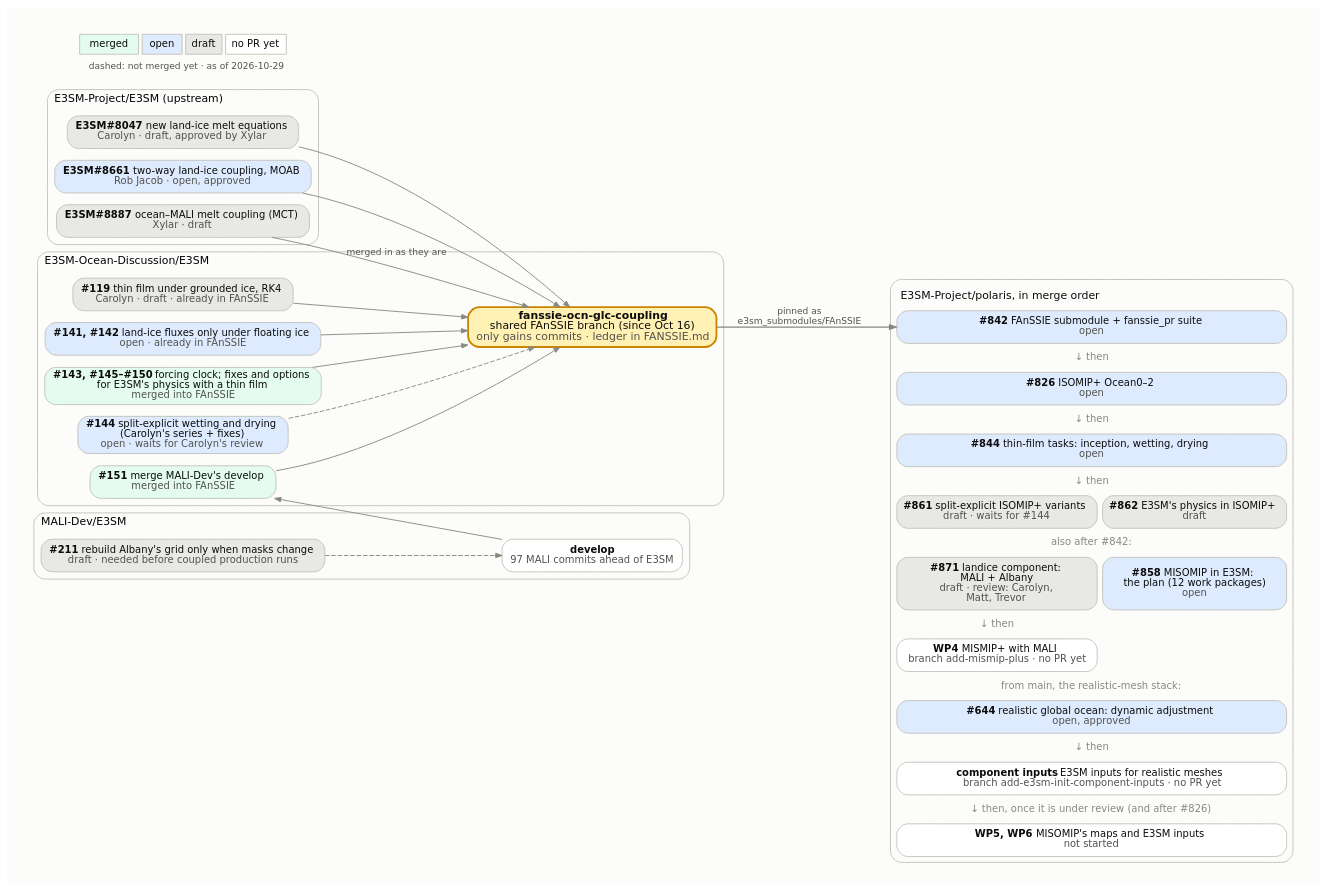
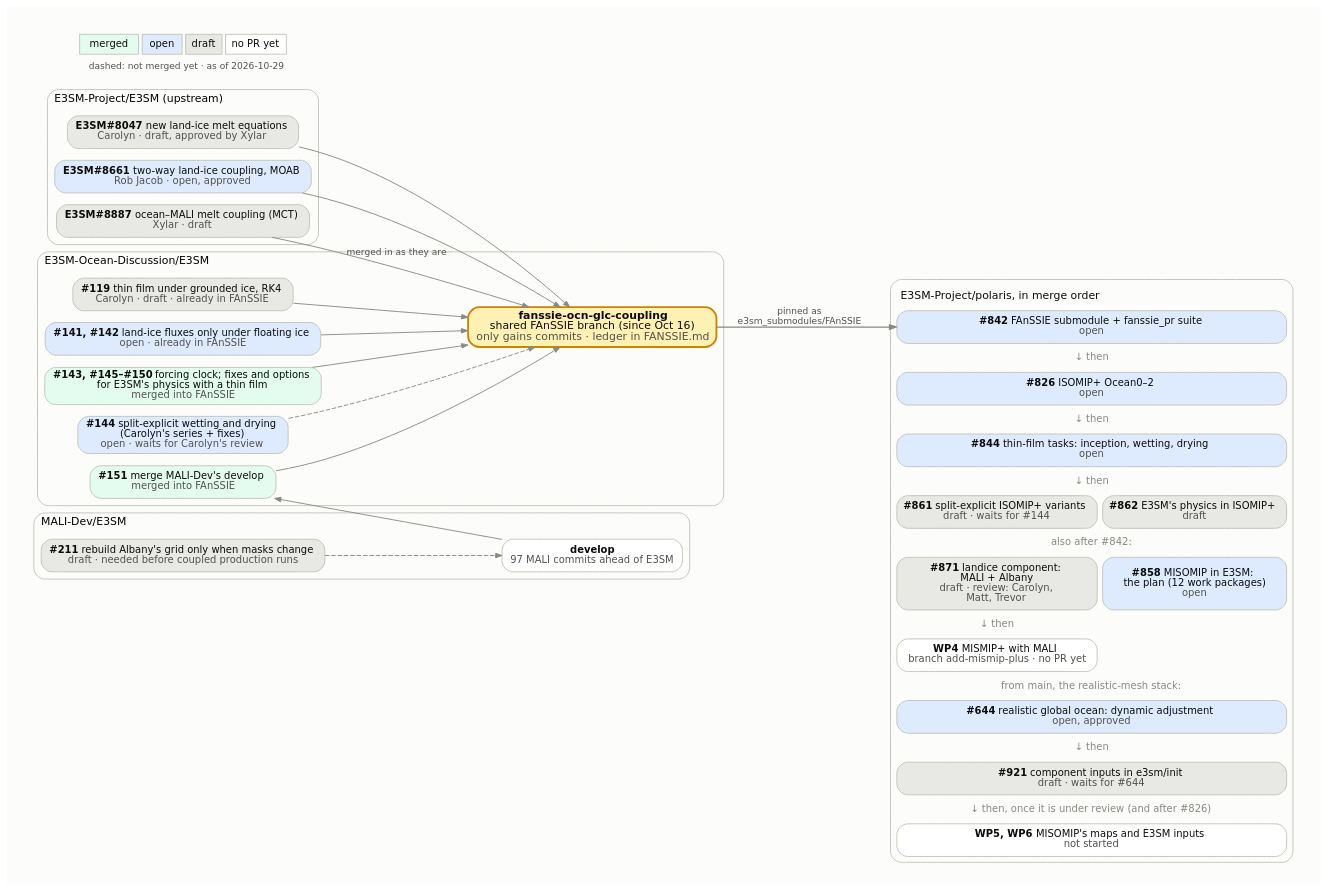
Before and after one commit to E3SM-Project/polaris: the diagram in docs/design_docs/misomip/code_flow.dot, drawn with Graphviz. The commit also changed 4 other files, not shown here.

```diff
--- a/docs/design_docs/misomip/code_flow.dot
+++ b/docs/design_docs/misomip/code_flow.dot
@@ -1,95 +1,95 @@
 // How the upstream E3SM PRs, the E3SM-Ocean-Discussion PRs, the
 // fanssie-ocn-glc-coupling branch and the Polaris PRs fit together.
 //
 // Regenerate with Graphviz 14 (Chrysalis's /usr/bin/dot 2.40 lays it out
 // wider), with the text drawn as paths so it looks the same everywhere:
 //
 //     pixi exec -s graphviz dot -Tsvg:cairo code_flow.dot -o code_flow.svg
 //
 // Fill by state: merged #e3fcef, open #deebff, draft #e8e8e4, no PR yet
 // #ffffff. Dashed edges into the FAnSSIE branch mark PRs not merged into it
 // yet. The Polaris side is one HTML-table node, in merge order, because
 // Graphviz would not keep separate boxes in that order. Update the date in
 // the legend.
 digraph fanssie {
   rankdir=LR;
   bgcolor="#fcfcfb";
   pad=0.3;
   nodesep=0.18;
   ranksep=0.7;
   fontname="DejaVu Sans";
   node [shape=box, style="rounded,filled", fontname="DejaVu Sans",
         fontsize=11, color="#c3c2b7", fontcolor="#0b0b0b", penwidth=1,
         margin="0.12,0.06"];
   edge [color="#898781", arrowsize=0.7, fontname="DejaVu Sans",
         fontsize=10, fontcolor="#52514e"];
 
   subgraph cluster_upstream {
     label="E3SM-Project/E3SM (upstream)";
     labeljust=l; fontsize=12; color="#c3c2b7"; style="rounded";
     e8047 [label=<<b>E3SM#8047</b>  new land-ice melt equations<br/><font color="#52514e">Carolyn · draft, approved by Xylar</font>>, fillcolor="#e8e8e4"];
     e8661 [label=<<b>E3SM#8661</b>  two-way land-ice coupling, MOAB<br/><font color="#52514e">Rob Jacob · open, approved</font>>, fillcolor="#deebff"];
     e8887 [label=<<b>E3SM#8887</b>  ocean–MALI melt coupling (MCT)<br/><font color="#52514e">Xylar · draft</font>>, fillcolor="#e8e8e4"];
   }
 
   subgraph cluster_malidev {
     label="MALI-Dev/E3SM";
     labeljust=l; fontsize=12; color="#c3c2b7"; style="rounded";
     malidev [label=<<b>develop</b><br/><font color="#52514e">97 MALI commits ahead of E3SM</font>>, fillcolor="#ffffff"];
     m211 [label=<<b>#211</b>  rebuild Albany's grid only when masks change<br/><font color="#52514e">draft · needed before coupled production runs</font>>, fillcolor="#e8e8e4"];
   }
 
   subgraph cluster_eod {
     label="E3SM-Ocean-Discussion/E3SM";
     labeljust=l; fontsize=12; color="#c3c2b7"; style="rounded";
     d119 [label=<<b>#119</b>  thin film under grounded ice, RK4<br/><font color="#52514e">Carolyn · draft · already in FAnSSIE</font>>, fillcolor="#e8e8e4"];
     d141 [label=<<b>#141, #142</b>  land-ice fluxes only under floating ice<br/><font color="#52514e">open · already in FAnSSIE</font>>, fillcolor="#deebff"];
     d143 [label=<<b>#143, #145–#150</b>  forcing clock; fixes and options<br/>for E3SM's physics with a thin film<br/><font color="#52514e">merged into FAnSSIE</font>>, fillcolor="#e3fcef"];
     d144 [label=<<b>#144</b>  split-explicit wetting and drying<br/>(Carolyn's series + fixes)<br/><font color="#52514e">open · waits for Carolyn's review</font>>, fillcolor="#deebff"];
     d151 [label=<<b>#151</b>  merge MALI-Dev's develop<br/><font color="#52514e">merged into FAnSSIE</font>>, fillcolor="#e3fcef"];
     fanssie [label=<<b>fanssie-ocn-glc-coupling</b><br/>shared FAnSSIE branch (since Oct 16)<br/><font color="#52514e">only gains commits · ledger in FANSSIE.md</font>>,
              fillcolor="#fff0b3", penwidth=2, color="#c98500", fontsize=12];
   }
 
   polaris [shape=plaintext, style="", label=<
     <table border="1" color="#c3c2b7" style="rounded" cellborder="1" cellspacing="6" cellpadding="4" bgcolor="#fcfcfb">
       <tr><td border="0" colspan="2" align="left"><font point-size="12">E3SM-Project/polaris, in merge order</font></td></tr>
       <tr><td port="p842" bgcolor="#deebff" colspan="2" style="rounded" cellpadding="6"><b>#842</b>  FAnSSIE submodule + fanssie_pr suite<br/><font color="#52514e">open</font></td></tr>
       <tr><td border="0" colspan="2"><font color="#898781">↓ then</font></td></tr>
       <tr><td port="p826" bgcolor="#deebff" colspan="2" style="rounded" cellpadding="6"><b>#826</b>  ISOMIP+ Ocean0–2<br/><font color="#52514e">open</font></td></tr>
       <tr><td border="0" colspan="2"><font color="#898781">↓ then</font></td></tr>
       <tr><td port="p844" bgcolor="#deebff" colspan="2" style="rounded" cellpadding="6"><b>#844</b>  thin-film tasks: inception, wetting, drying<br/><font color="#52514e">open</font></td></tr>
       <tr><td border="0" colspan="2"><font color="#898781">↓ then</font></td></tr>
       <tr><td port="p861" bgcolor="#e8e8e4" colspan="1" style="rounded" cellpadding="6"><b>#861</b>  split-explicit ISOMIP+ variants<br/><font color="#52514e">draft · waits for #144</font></td><td port="p862" bgcolor="#e8e8e4" colspan="1" style="rounded" cellpadding="6"><b>#862</b>  E3SM's physics in ISOMIP+<br/><font color="#52514e">draft</font></td></tr>
       <tr><td border="0" colspan="2"><font color="#898781">also after #842:</font></td></tr>
       <tr><td port="p871" bgcolor="#e8e8e4" colspan="1" style="rounded" cellpadding="6"><b>#871</b>  landice component:<br/>MALI + Albany<br/><font color="#52514e">draft · review: Carolyn,<br/>Matt, Trevor</font></td><td port="p858" bgcolor="#deebff" colspan="1" style="rounded" cellpadding="6"><b>#858</b>  MISOMIP in E3SM:<br/>the plan (12 work packages)<br/><font color="#52514e">open</font></td></tr>
       <tr><td border="0" colspan="1"><font color="#898781">↓ then</font></td><td border="0" colspan="1"></td></tr>
       <tr><td port="pwp4" bgcolor="#ffffff" colspan="1" style="rounded" cellpadding="6"><b>WP4</b>  MISMIP+ with MALI<br/><font color="#52514e">branch add-mismip-plus · no PR yet</font></td><td border="0" colspan="1"></td></tr>
       <tr><td border="0" colspan="2"><font color="#898781">from main, the realistic-mesh stack:</font></td></tr>
       <tr><td port="p644" bgcolor="#deebff" colspan="2" style="rounded" cellpadding="6"><b>#644</b>  realistic global ocean: dynamic adjustment<br/><font color="#52514e">open, approved</font></td></tr>
       <tr><td border="0" colspan="2"><font color="#898781">↓ then</font></td></tr>
-      <tr><td port="pci" bgcolor="#ffffff" colspan="2" style="rounded" cellpadding="6"><b>component inputs</b>  E3SM inputs for realistic meshes<br/><font color="#52514e">branch add-e3sm-init-component-inputs · no PR yet</font></td></tr>
+      <tr><td port="p921" bgcolor="#e8e8e4" colspan="2" style="rounded" cellpadding="6"><b>#921</b>  component inputs in e3sm/init<br/><font color="#52514e">draft · waits for #644</font></td></tr>
       <tr><td border="0" colspan="2"><font color="#898781">↓ then, once it is under review (and after #826)</font></td></tr>
       <tr><td port="pwp56" bgcolor="#ffffff" colspan="2" style="rounded" cellpadding="6"><b>WP5, WP6</b>  MISOMIP's maps and E3SM inputs<br/><font color="#52514e">not started</font></td></tr>
     </table>>];
 
   e8047 -> fanssie;
   e8661 -> fanssie;
   e8887 -> fanssie [label="merged in as they are"];
   d119 -> fanssie;
   d141 -> fanssie;
   d143 -> fanssie;
   d144 -> fanssie [style=dashed];
   m211 -> malidev [style=dashed];
   malidev -> d151 [constraint=false];
   d151 -> fanssie;
 
   fanssie -> polaris:p842 [label="pinned as
 e3sm_submodules/FAnSSIE", penwidth=1.5];
 
   legend [shape=plaintext, style="", label=<
     <table border="0" cellborder="1" cellspacing="4" cellpadding="4" color="#c3c2b7">
       <tr><td bgcolor="#e3fcef">merged</td><td bgcolor="#deebff">open</td><td bgcolor="#e8e8e4">draft</td><td bgcolor="#ffffff">no PR yet</td></tr>
       <tr><td colspan="4" border="0"><font point-size="10" color="#52514e">dashed: not merged yet · as of 2026-10-29</font></td></tr>
     </table>>];
 }
```
